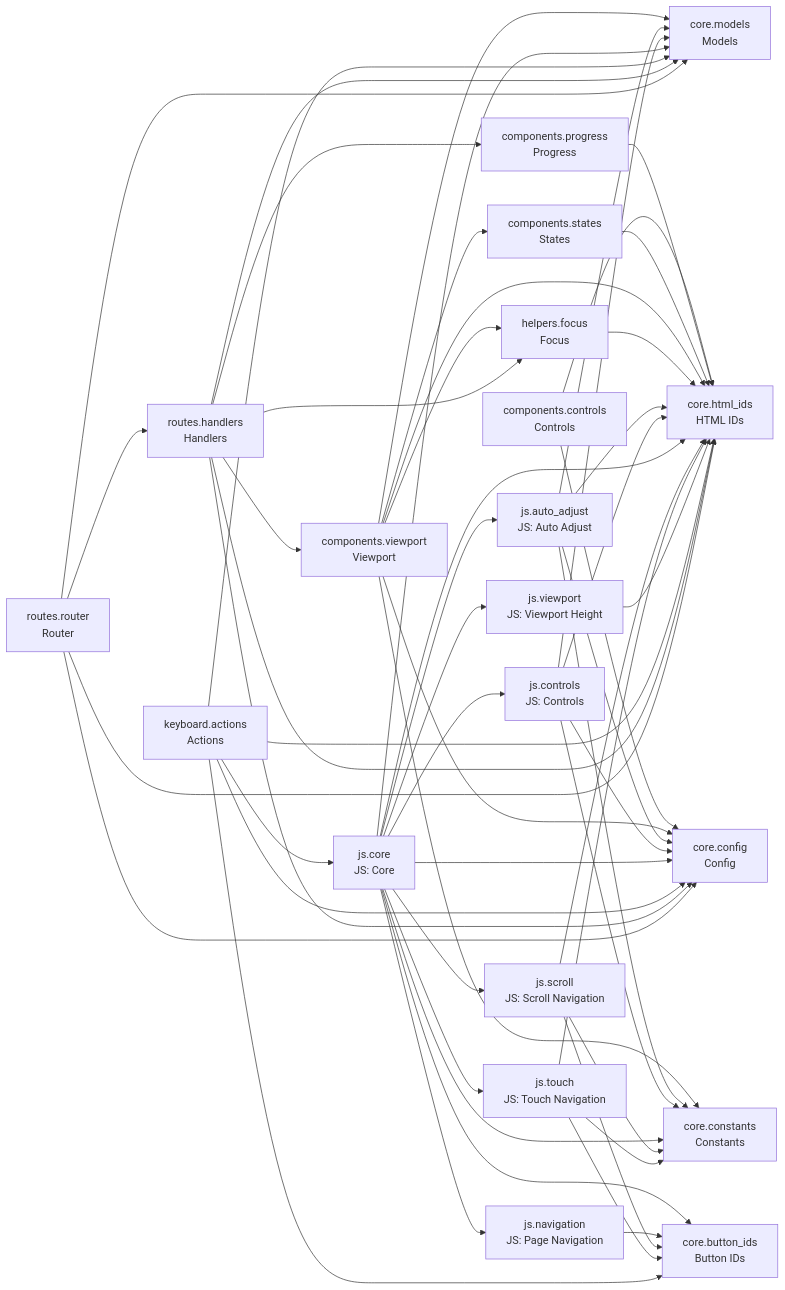
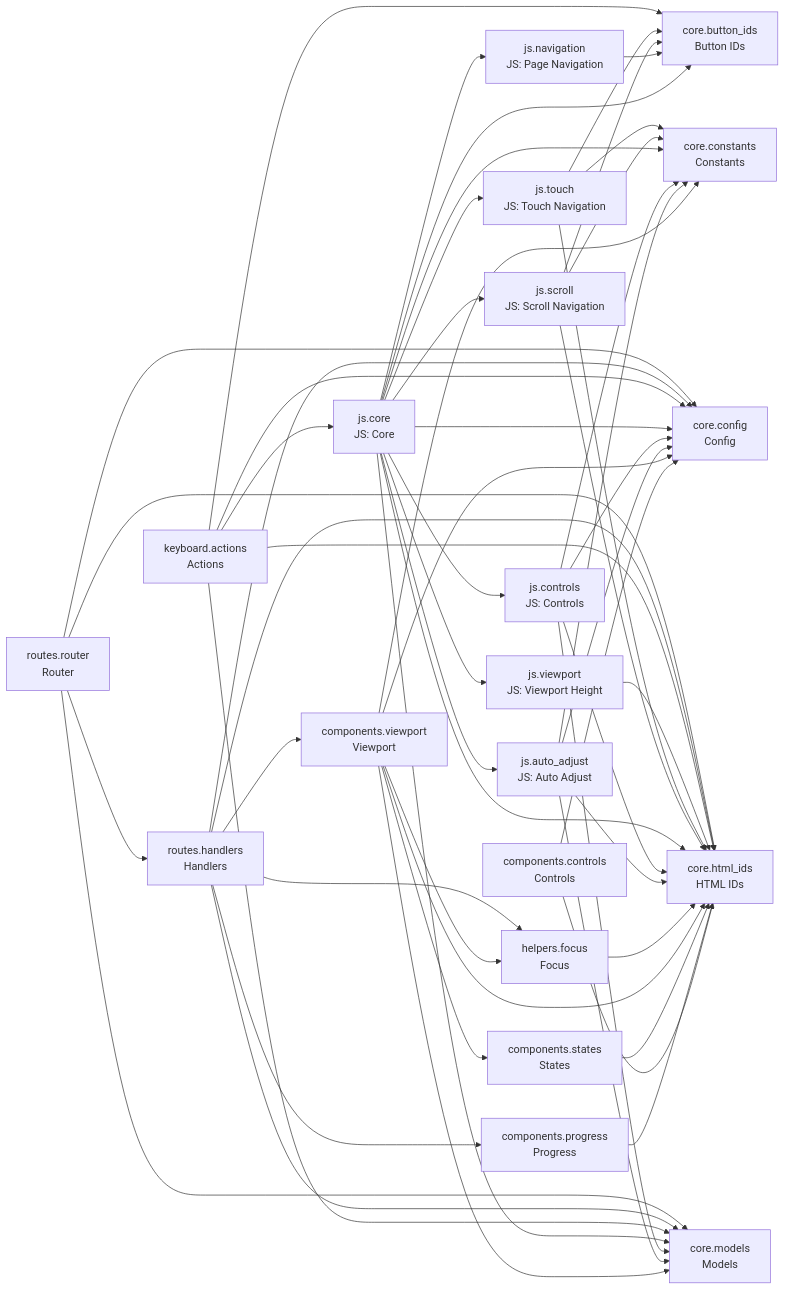
The diagram in README.md (cj-mills/cjm-fasthtml-card-stack), drawn with Mermaid before and after one commit. The commit also changed other lines of this file and 3 other files, not shown here.

````diff
--- a/README.md
+++ b/README.md
@@ -46,77 +46,77 @@
 ``` mermaid
 graph LR
     components_controls[components.controls<br/>Controls]
     components_progress[components.progress<br/>Progress]
     components_states[components.states<br/>States]
     components_viewport[components.viewport<br/>Viewport]
     core_button_ids[core.button_ids<br/>Button IDs]
     core_config[core.config<br/>Config]
     core_constants[core.constants<br/>Constants]
     core_html_ids[core.html_ids<br/>HTML IDs]
     core_models[core.models<br/>Models]
     helpers_focus[helpers.focus<br/>Focus]
     js_auto_adjust[js.auto_adjust<br/>JS: Auto Adjust]
     js_controls[js.controls<br/>JS: Controls]
     js_core[js.core<br/>JS: Core]
     js_navigation[js.navigation<br/>JS: Page Navigation]
     js_scroll[js.scroll<br/>JS: Scroll Navigation]
     js_touch[js.touch<br/>JS: Touch Navigation]
     js_viewport[js.viewport<br/>JS: Viewport Height]
     keyboard_actions[keyboard.actions<br/>Actions]
     routes_handlers[routes.handlers<br/>Handlers]
     routes_router[routes.router<br/>Router]
 
+    components_controls --> core_html_ids
     components_controls --> core_config
-    components_controls --> core_html_ids
     components_progress --> core_html_ids
     components_states --> core_html_ids
+    components_viewport --> core_html_ids
+    components_viewport --> core_constants
+    components_viewport --> core_models
+    components_viewport --> core_config
+    components_viewport --> components_states
     components_viewport --> helpers_focus
-    components_viewport --> core_models
-    components_viewport --> core_constants
-    components_viewport --> core_config
-    components_viewport --> core_html_ids
-    components_viewport --> components_states
     helpers_focus --> core_html_ids
+    js_auto_adjust --> core_html_ids
+    js_auto_adjust --> core_config
     js_auto_adjust --> core_constants
-    js_auto_adjust --> core_config
-    js_auto_adjust --> core_html_ids
     js_auto_adjust --> core_models
     js_controls --> core_constants
+    js_controls --> core_html_ids
     js_controls --> core_config
-    js_controls --> core_html_ids
     js_controls --> core_models
+    js_core --> core_html_ids
+    js_core --> core_constants
+    js_core --> core_button_ids
+    js_core --> core_config
+    js_core --> js_viewport
     js_core --> js_controls
-    js_core --> core_constants
-    js_core --> js_auto_adjust
-    js_core --> js_viewport
     js_core --> js_navigation
     js_core --> js_scroll
-    js_core --> core_config
     js_core --> js_touch
     js_core --> core_models
-    js_core --> core_html_ids
-    js_core --> core_button_ids
+    js_core --> js_auto_adjust
     js_navigation --> core_button_ids
+    js_scroll --> core_constants
     js_scroll --> core_html_ids
-    js_scroll --> core_constants
     js_scroll --> core_button_ids
     js_touch --> core_constants
     js_touch --> core_html_ids
     js_touch --> core_button_ids
     js_viewport --> core_html_ids
-    keyboard_actions --> js_core
-    keyboard_actions --> core_config
-    keyboard_actions --> core_models
     keyboard_actions --> core_html_ids
     keyboard_actions --> core_button_ids
+    keyboard_actions --> core_config
+    keyboard_actions --> js_core
+    keyboard_actions --> core_models
+    routes_handlers --> core_html_ids
     routes_handlers --> core_models
-    routes_handlers --> components_progress
     routes_handlers --> core_config
     routes_handlers --> helpers_focus
     routes_handlers --> components_viewport
-    routes_handlers --> core_html_ids
+    routes_handlers --> components_progress
+    routes_router --> core_html_ids
     routes_router --> routes_handlers
     routes_router --> core_models
     routes_router --> core_config
-    routes_router --> core_html_ids
 ```
````
